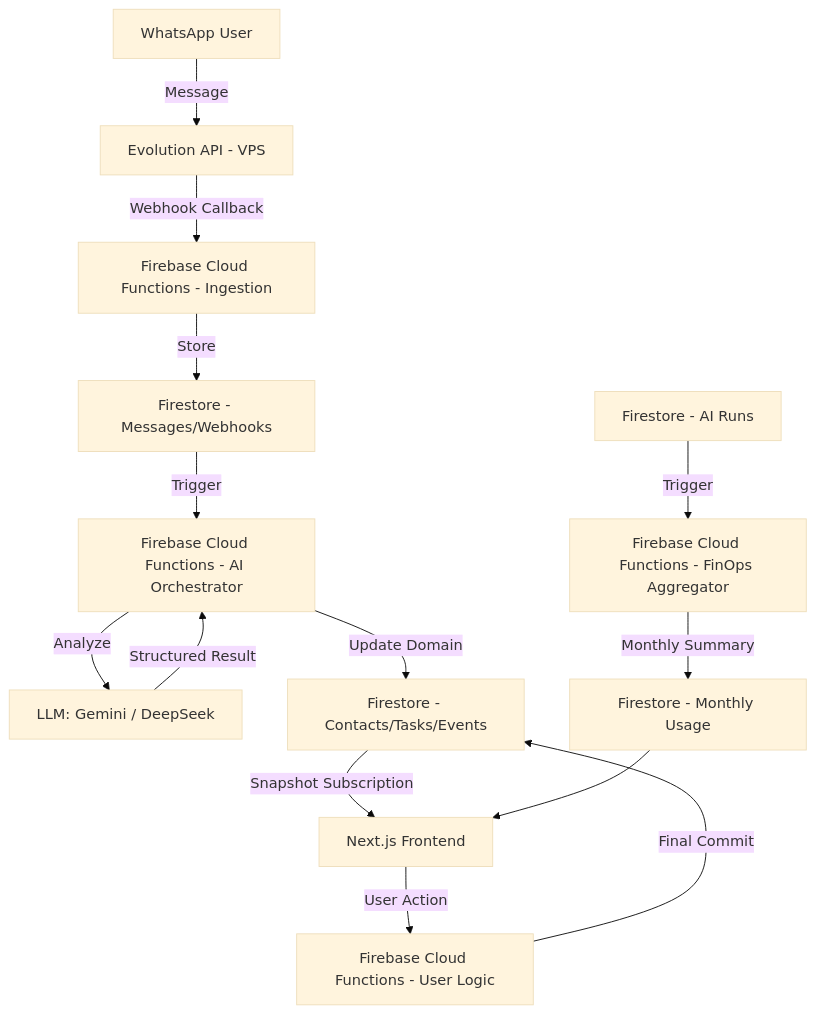
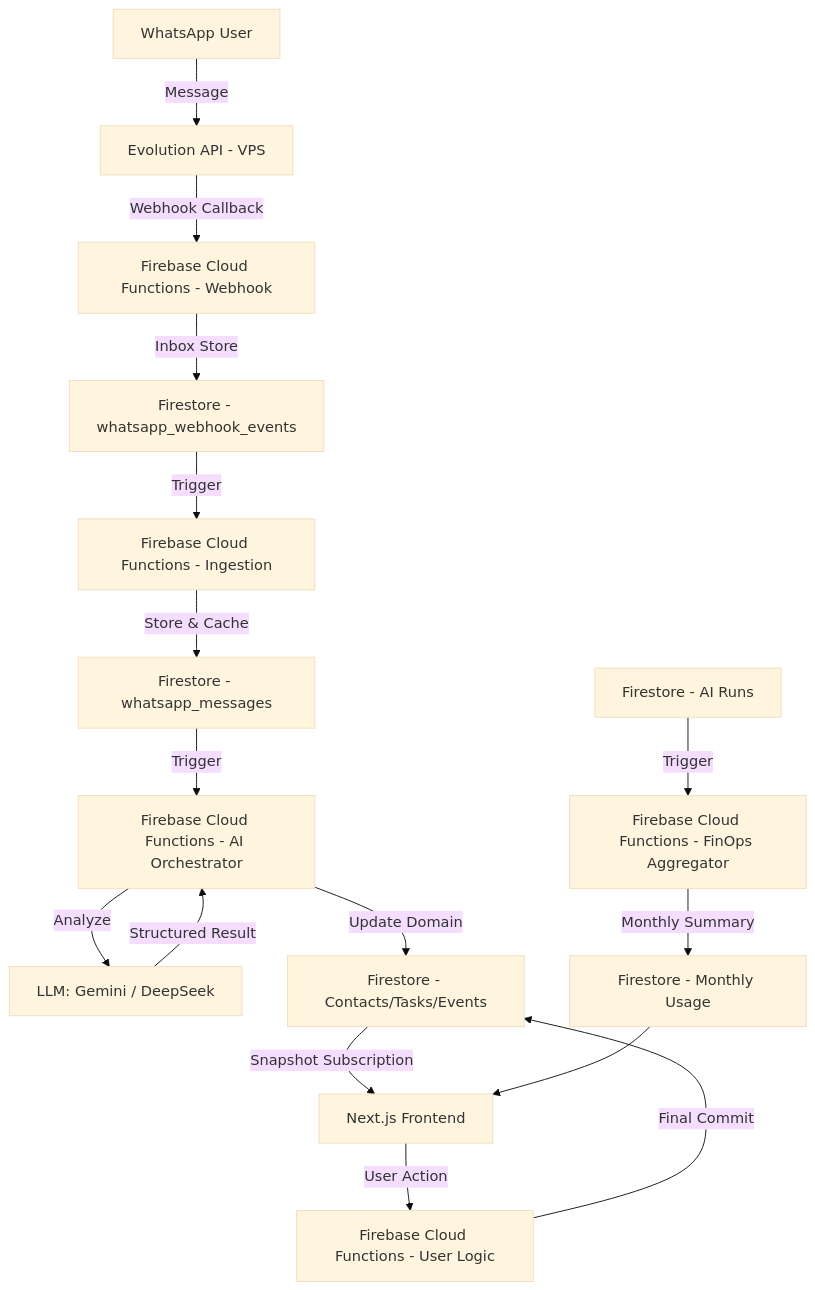
The diagram in docs/architecture.md (CzarX86/InventoryOS), drawn with Mermaid (base theme) before and after one commit. The commit also changed other lines of this file and 24 other files, not shown here.

````diff
--- a/docs/architecture.md
+++ b/docs/architecture.md
@@ -42,16 +42,18 @@
 ```mermaid
 graph TD
     WA[WhatsApp User] -->|Message| EVO[Evolution API - VPS]
-    EVO -->|Webhook Callback| CF_IN[Firebase Cloud Functions - Ingestion]
-    CF_IN -->|Store| DB_MSG[Firestore - Messages/Webhooks]
+    EVO -->|Webhook Callback| CF_IN[Firebase Cloud Functions - Webhook]
+    CF_IN -->|Inbox Store| DB_WEB[Firestore - whatsapp_webhook_events]
+    DB_WEB -->|Trigger| CF_MSG[Firebase Cloud Functions - Ingestion]
+    CF_MSG -->|Store & Cache| DB_MSG[Firestore - whatsapp_messages]
     DB_MSG -->|Trigger| CF_AI[Firebase Cloud Functions - AI Orchestrator]
     CF_AI -->|Analyze| AI[LLM: Gemini / DeepSeek]
     AI -->|Structured Result| CF_AI
     CF_AI -->|Update Domain| DB_DOM[Firestore - Contacts/Tasks/Events]
     DB_DOM -->|Snapshot Subscription| FE[Next.js Frontend]
     FE -->|User Action| CF_ACT[Firebase Cloud Functions - User Logic]
     CF_ACT -->|Final Commit| DB_DOM
     DB_AI[Firestore - AI Runs] -->|Trigger| CF_FIN[Firebase Cloud Functions - FinOps Aggregator]
     CF_FIN -->|Monthly Summary| DB_FIN[Firestore - Monthly Usage]
     DB_FIN --> FE
 ```
````
